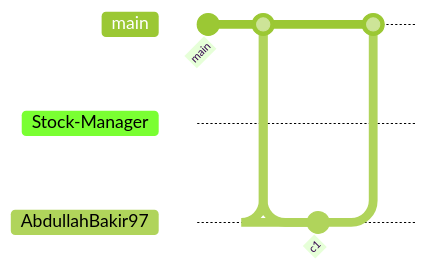
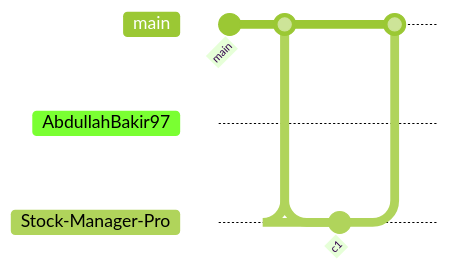
The diagram in README.md (AbdullahBakir97/AbdullahBakir97), drawn with Mermaid (forest theme) before and after one commit. The commit also changed other lines of this file and 6 other files, not shown here.

````diff
--- a/README.md
+++ b/README.md
@@ -336,14 +336,14 @@
 ```mermaid
 gitGraph
    commit id: "main"
-   branch Stock-Manager
-   checkout Stock-Manager
-   commit id: "c1"
-   checkout main
-   merge Stock-Manager
    branch AbdullahBakir97
    checkout AbdullahBakir97
    commit id: "c1"
    checkout main
    merge AbdullahBakir97
+   branch Stock-Manager-Pro
+   checkout Stock-Manager-Pro
+   commit id: "c1"
+   checkout main
+   merge Stock-Manager-Pro
 ```
````
